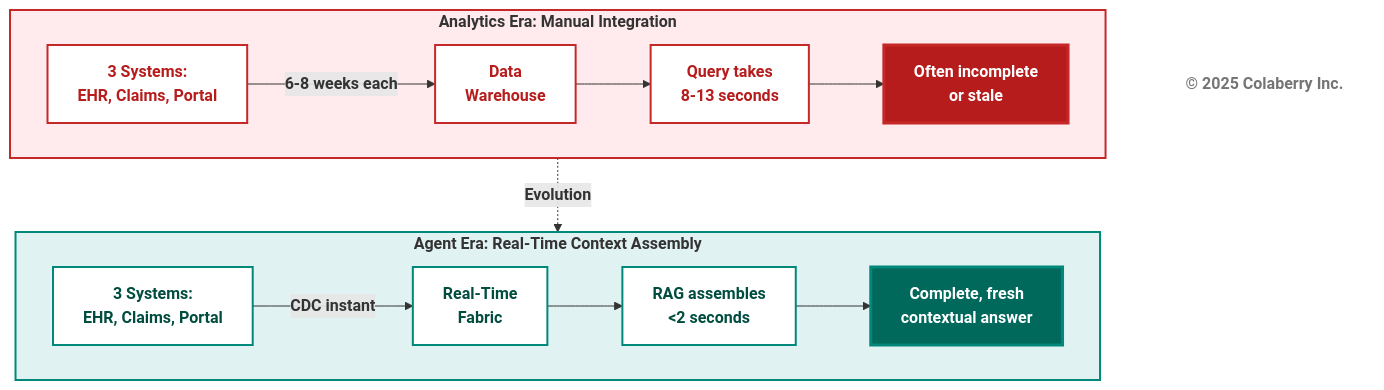
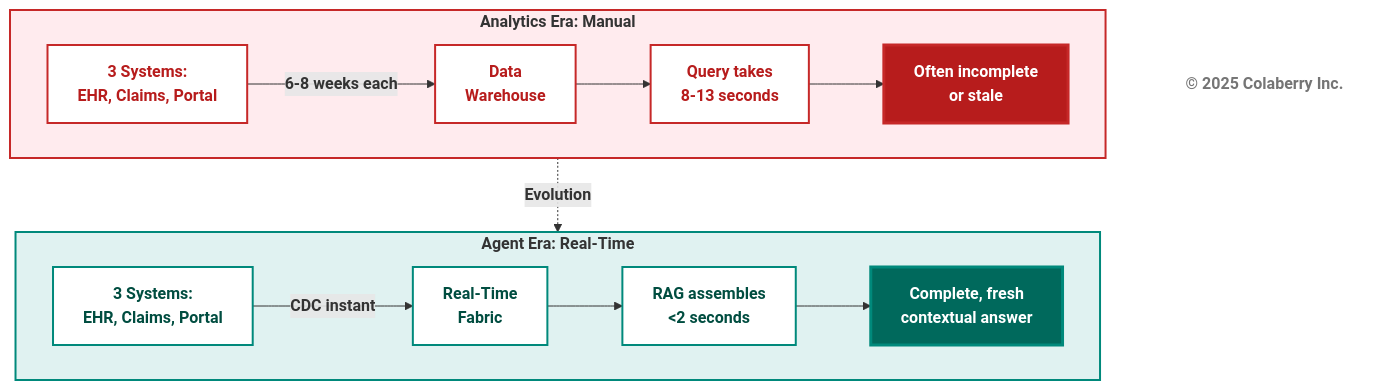
One commit to colaberry/enterprise-data-readiness-ai-agents changed the eighth of 9 diagrams in chapter-00/chapter_00_complete.md. Above: the diagram before and after it, drawn with Mermaid. The commit also changed other lines of this file, not shown here.

````diff
--- a/chapter-00/chapter_00_complete.md
+++ b/chapter-00/chapter_00_complete.md
@@ -771,35 +780,35 @@
 ```mermaid
 graph TB
-    subgraph ERA1["<b>Analytics Era: Manual Integration</b>"]
+    subgraph ERA1["<b>Analytics Era: Manual</b>"]
         direction LR
         A1["<b>3 Systems:<br/>EHR, Claims, Portal</b>"] -->|<b>6-8 weeks each</b>| B1["<b>Data<br/>Warehouse</b>"]
         B1 --> C1["<b>Query takes<br/>8-13 seconds</b>"]
         C1 --> D1["<b>Often incomplete<br/>or stale</b>"]
         
         style D1 fill:#b71c1c,color:#ffffff,stroke:#c62828,stroke-width:3px
     end
     
     ERA1 -.->|<b>Evolution</b>| ERA2
     
-    subgraph ERA2["<b>Agent Era: Real-Time Context Assembly</b>"]
+    subgraph ERA2["<b>Agent Era: Real-Time</b>"]
         direction LR
         A2["<b>3 Systems:<br/>EHR, Claims, Portal</b>"] -->|<b>CDC instant</b>| B2["<b>Real-Time<br/>Fabric</b>"]
         B2 --> C2["<b>RAG assembles<br/>&lt;2 seconds</b>"]
         C2 --> D2["<b>Complete, fresh<br/>contextual answer</b>"]
         
         style D2 fill:#00695c,color:#ffffff,stroke:#00897b,stroke-width:3px
     end
     
     style ERA1 fill:#ffebee,stroke:#c62828,stroke-width:2px
     style A1 fill:#ffffff,stroke:#c62828,stroke-width:2px,color:#b71c1c
     style B1 fill:#ffffff,stroke:#c62828,stroke-width:2px,color:#b71c1c
     style C1 fill:#ffffff,stroke:#c62828,stroke-width:2px,color:#b71c1c
     
     style ERA2 fill:#e0f2f1,stroke:#00897b,stroke-width:2px
     style A2 fill:#ffffff,stroke:#00897b,stroke-width:2px,color:#004d40
     style B2 fill:#ffffff,stroke:#00897b,stroke-width:2px,color:#004d40
     style C2 fill:#ffffff,stroke:#00897b,stroke-width:2px,color:#004d40
     
     Copyright["<b>© 2025 Colaberry Inc.</b>"]
     style Copyright fill:#ffffff,stroke:none,color:#757575
 ```
````
